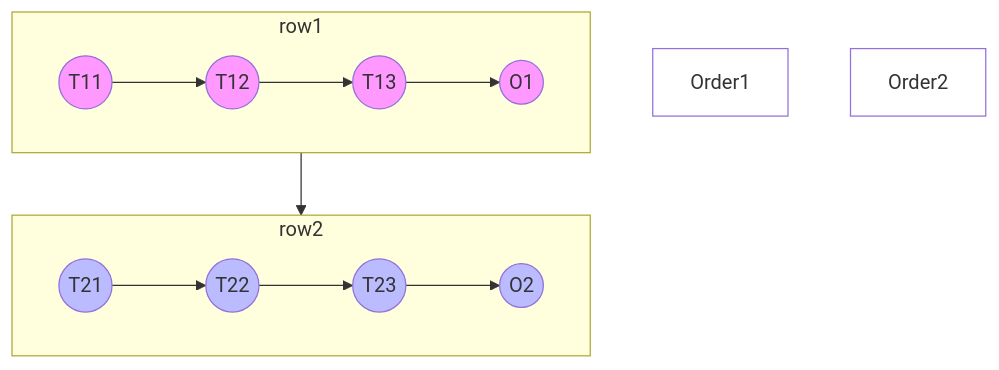
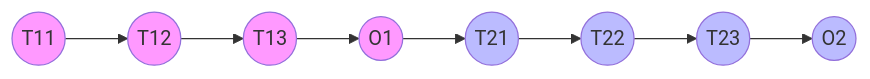
The second of 2 diagrams in 100 Notes/金融量化/交易所业务/SH L2 Order & Trade 关系.md (zen-xu/obsidian), drawn with Mermaid before and after one commit.

Commit message:
vault backup: 2025-09-28 12:02:46

````diff
--- a/100 Notes/金融量化/交易所业务/SH L2 Order & Trade 关系.md
+++ b/100 Notes/金融量化/交易所业务/SH L2 Order & Trade 关系.md
@@ -37,30 +37,20 @@
 ```mermaid
-flowchart TD
+flowchart LR
   O1@{ shape: circle }
   T11@{ shape: circle }
   T12@{ shape: circle }
   T13@{ shape: circle }
   O2@{ shape: circle }
   T21@{ shape: circle }
   T22@{ shape: circle }
   T23@{ shape: circle }
   
-  subgraph row1
-	  direction LR
-	  T11 --> T12 --> T13 --> O1
-  end
-
-  subgraph row2
-	  direction LR
-	  T21 --> T22 --> T23 --> O2
-  end
+  T11 --> T12 --> T13 --> O1
   O1 --> T21
-  
-  style Order1 fill:None;
-  style Order2 fill:None;
+  T21 --> T22 --> T23 --> O2
   
   classDef order1 fill:#f9f;
   classDef order2 fill:#bbf;
   class O1,T11,T12,T13 order1;
   class O2,T21,T22,T23 order2;
 ```
````
